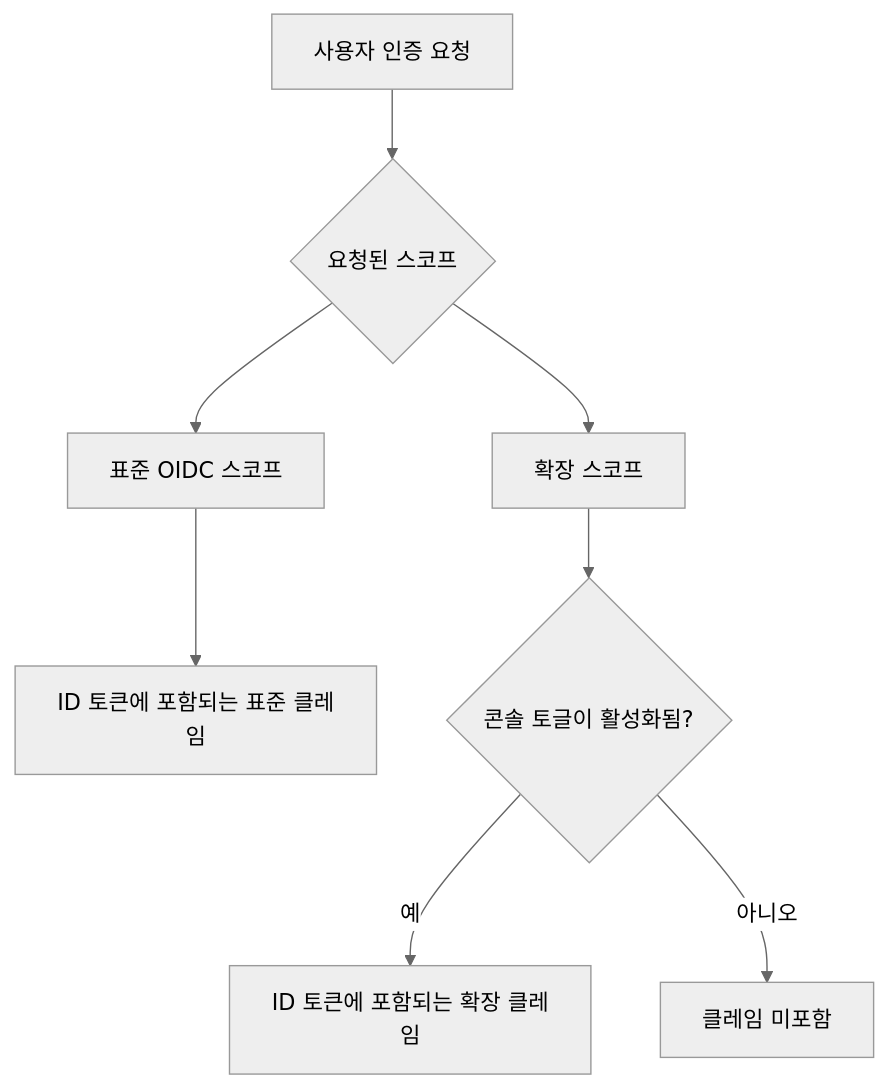
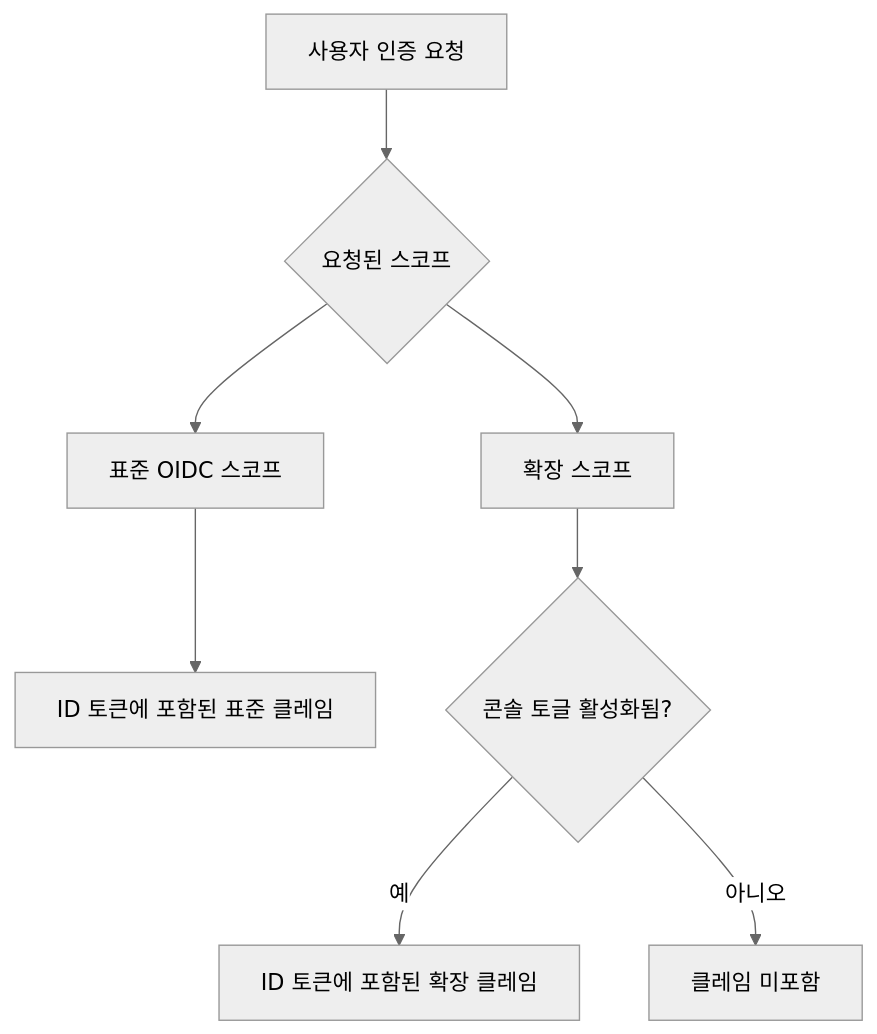
Before and after one commit to logto-io/docs: the diagram in i18n/ko/docusaurus-plugin-content-docs/current/developers/custom-id-token/README.mdx, drawn with Mermaid (neutral theme). The commit also changed other lines of this file and 161 other files, not shown here.

````diff
--- a/i18n/ko/docusaurus-plugin-content-docs/current/developers/custom-id-token/README.mdx
+++ b/i18n/ko/docusaurus-plugin-content-docs/current/developers/custom-id-token/README.mdx
@@ -20,10 +20,10 @@
 ```mermaid
 flowchart TD
     A[사용자 인증 요청] --> B{요청된 스코프}
     B --> C[표준 OIDC 스코프]
     B --> D[확장 스코프]
-    C --> E[ID 토큰에 포함되는 표준 클레임]
-    D --> F{콘솔 토글이 활성화됨?}
-    F -->|예| G[ID 토큰에 포함되는 확장 클레임]
+    C --> E[ID 토큰에 포함된 표준 클레임]
+    D --> F{콘솔 토글 활성화됨?}
+    F -->|예| G[ID 토큰에 포함된 확장 클레임]
     F -->|아니오| H[클레임 미포함]
 ```
````
